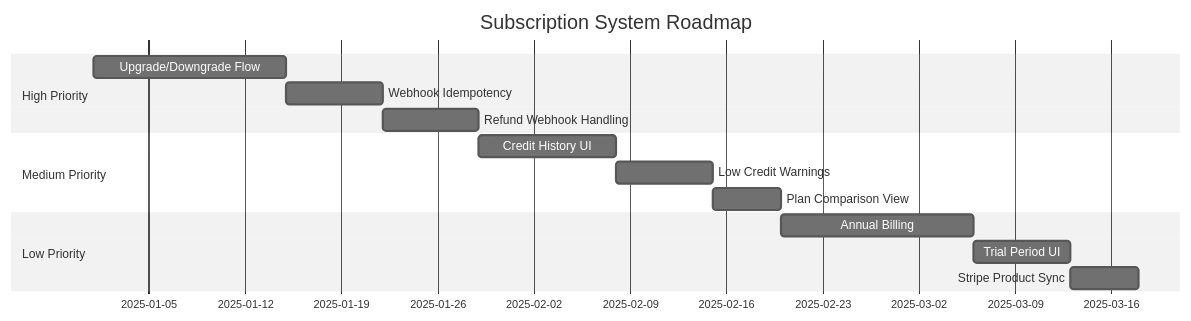
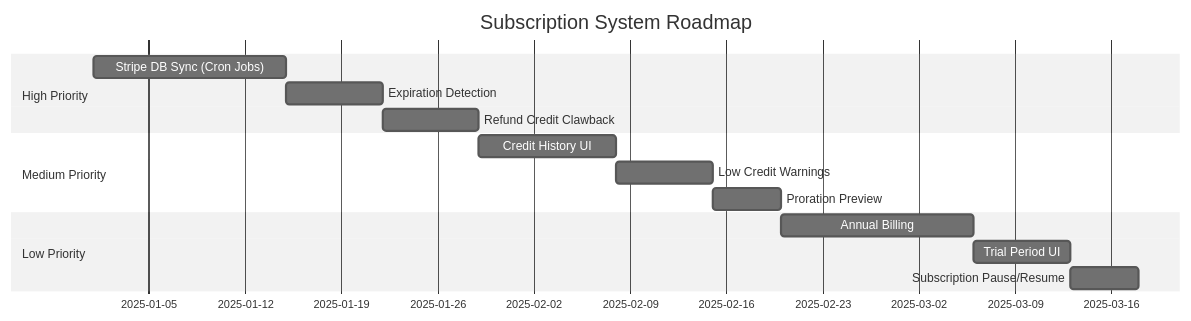
Before and after one commit to ColdstartLabs-ca/myimageupscaler.com: diagram 19 of 19 in docs/technical/systems/subscription-system.md, drawn with Mermaid (neutral theme). The commit also changed other lines of this file and 5 other files, not shown here.

````diff
--- a/docs/technical/systems/subscription-system.md
+++ b/docs/technical/systems/subscription-system.md
@@ -870,17 +889,17 @@
 ```mermaid
 gantt
     title Subscription System Roadmap
     dateFormat  YYYY-MM-DD
     section High Priority
-    Upgrade/Downgrade Flow       :a1, 2025-01-01, 14d
-    Webhook Idempotency          :a2, after a1, 7d
-    Refund Webhook Handling      :a3, after a2, 7d
+    Stripe DB Sync (Cron Jobs)   :a1, 2025-01-01, 14d
+    Expiration Detection         :a2, after a1, 7d
+    Refund Credit Clawback       :a3, after a2, 7d
     section Medium Priority
     Credit History UI            :b1, after a3, 10d
     Low Credit Warnings          :b2, after b1, 7d
-    Plan Comparison View         :b3, after b2, 5d
+    Proration Preview            :b3, after b2, 5d
     section Low Priority
     Annual Billing               :c1, after b3, 14d
     Trial Period UI              :c2, after c1, 7d
-    Stripe Product Sync          :c3, after c2, 5d
+    Subscription Pause/Resume    :c3, after c2, 5d
 ```
````
